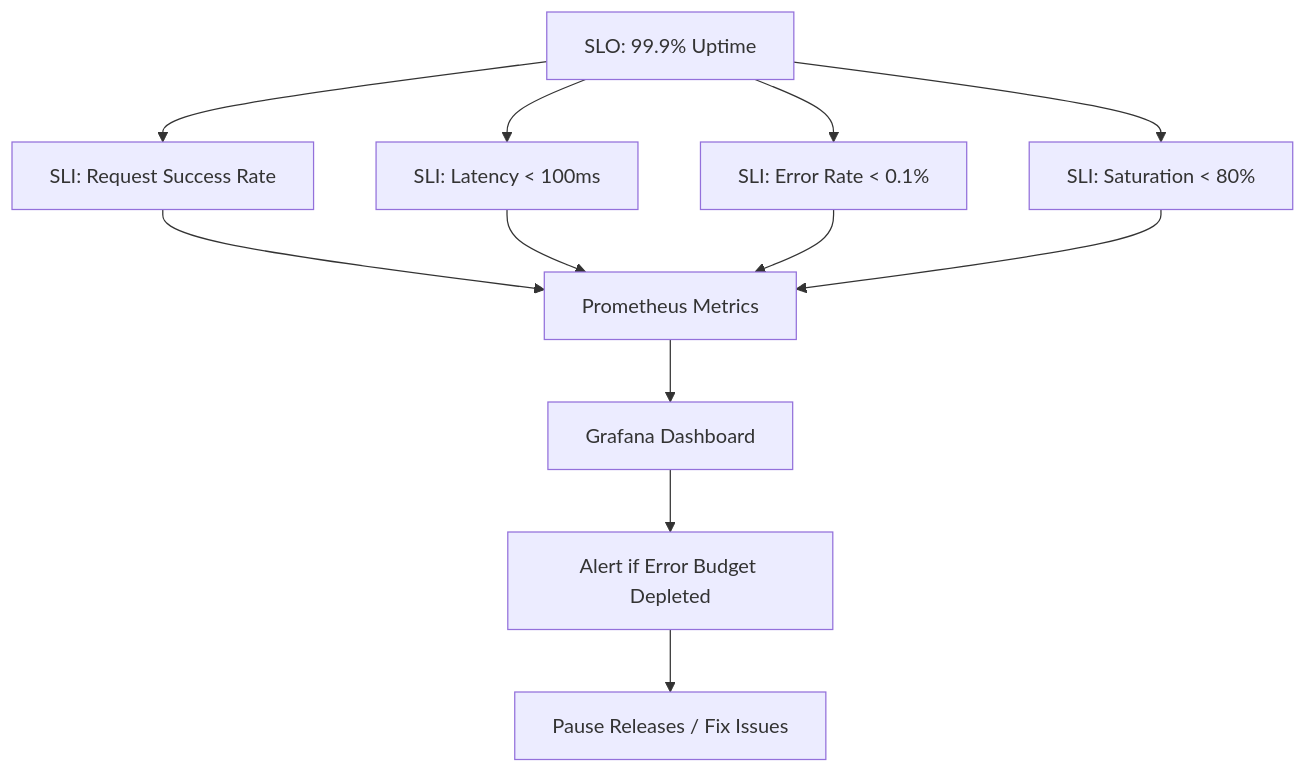
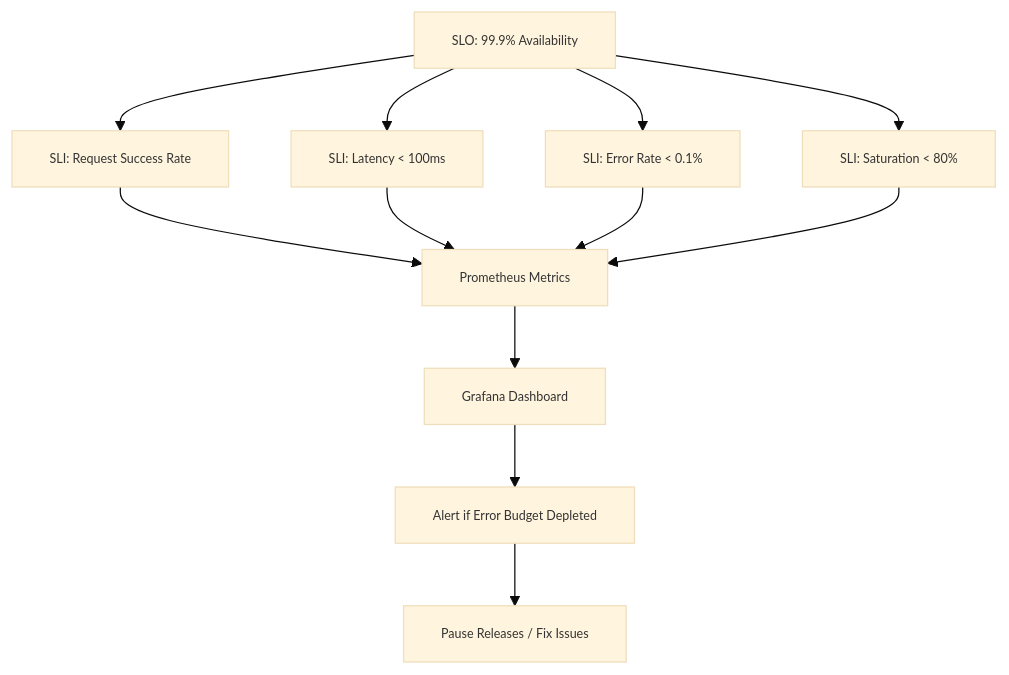
One commit to satishkumar-dhule/EA-SRE-prep changed diagram 14 of 29 in EA_SRE_3_Interview_Prep.md. Above: the diagram before and after it, drawn with Mermaid. The commit also changed other lines of this file, not shown here.

````diff
--- a/EA_SRE_3_Interview_Prep.md
+++ b/EA_SRE_3_Interview_Prep.md
@@ -827,14 +829,15 @@
 ```mermaid
+%%{init: {'theme': 'base', 'themeVariables': {'fontSize': '10px'}}}%%
 graph TD
-    SLO[SLO: 99.9% Uptime] --> SLI1[SLI: Request Success Rate]
+    SLO[SLO: 99.9% Availability] --> SLI1[SLI: Request Success Rate]
     SLO --> SLI2[SLI: Latency < 100ms]
     SLO --> SLI3[SLI: Error Rate < 0.1%]
     SLO --> SLI4[SLI: Saturation < 80%]
     SLI1 --> Prometheus[Prometheus Metrics]
     SLI2 --> Prometheus
     SLI3 --> Prometheus
     SLI4 --> Prometheus
     Prometheus --> Grafana[Grafana Dashboard]
     Grafana --> Alert[Alert if Error Budget Depleted]
     Alert --> Action[Pause Releases / Fix Issues]
 ```
````
